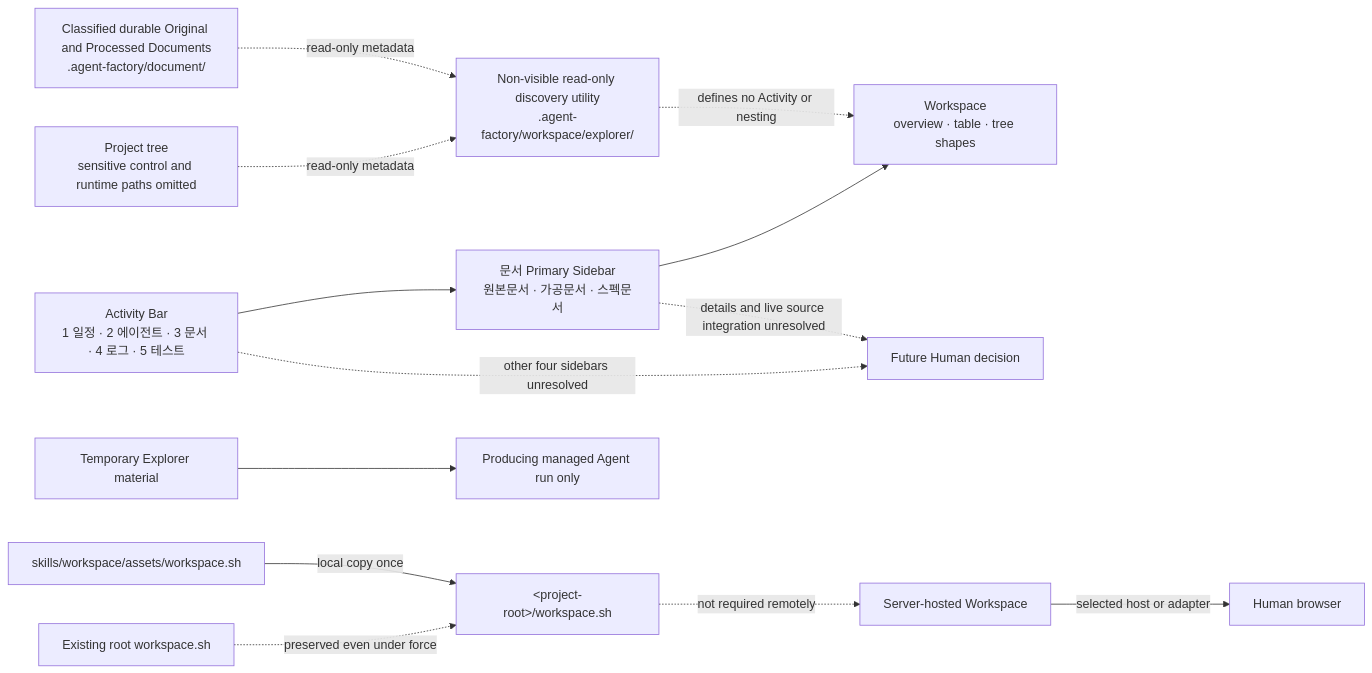
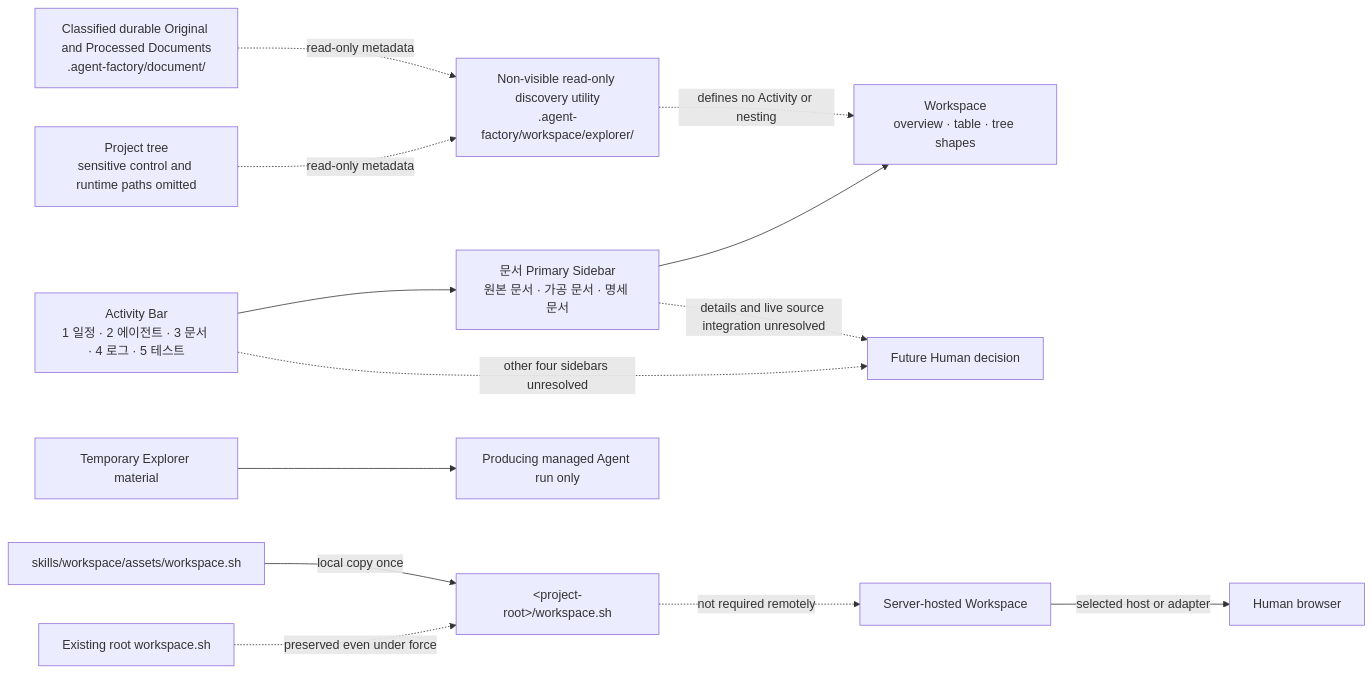
Before and after one commit to KoreanLeeChangHyun/agent-factory-codex-plugin: the ninth of 9 diagrams in skills/convention/references/diagrams.md, drawn with Mermaid. The commit also changed other lines of this file and 19 other files, not shown here.

````diff
--- a/skills/convention/references/diagrams.md
+++ b/skills/convention/references/diagrams.md
@@ -209,16 +209,16 @@
 ```mermaid
 flowchart LR
     accTitle: Human-facing Workspace shell and launcher
     accDescr: The Activity Bar contains only 일정, 에이전트, 문서, 로그, and 테스트 in that order; the Document sidebar has ordered Original, Processed, and Specification UI groups with decided overview, table, and tree shapes while finer details and the other four sidebars remain unresolved; a non-visible read-only utility projects only the project and classified Original and Processed Document trees without supplying the unresolved live source contract, while temporary Explorer material remains only in its producing Agent run.
-    Activity[Activity Bar<br/>1 일정 · 2 에이전트 · 3 문서 · 4 로그 · 5 테스트] --> Sidebar[문서 Primary Sidebar<br/>원본문서 · 가공문서 · 스펙문서] --> Workspace[Workspace<br/>overview · table · tree shapes]
+    Activity[Activity Bar<br/>1 일정 · 2 에이전트 · 3 문서 · 4 로그 · 5 테스트] --> Sidebar[문서 Primary Sidebar<br/>원본 문서 · 가공 문서 · 명세 문서] --> Workspace[Workspace<br/>overview · table · tree shapes]
     Activity -. other four sidebars unresolved .-> HumanDecision[Future Human decision]
     Sidebar -. details and live source integration unresolved .-> HumanDecision
     Evidence[Classified durable Original and Processed Documents<br/>.agent-factory/document/] -. read-only metadata .-> DiscoveryUtility[Non-visible read-only discovery utility<br/>.agent-factory/workspace/explorer/]
     Project[Project tree<br/>sensitive control and runtime paths omitted] -. read-only metadata .-> DiscoveryUtility
     DiscoveryUtility -. defines no Activity or nesting .-> Workspace
     Temporary[Temporary Explorer material] --> RunLocal[Producing managed Agent run only]
     Asset[skills/workspace/assets/workspace.sh] -->|local copy once| Root[&lt;project-root&gt;/workspace.sh]
     Existing[Existing root workspace.sh] -. preserved even under force .-> Root
     Remote[Server-hosted Workspace] -->|selected host or adapter| Browser[Human browser]
     Root -. not required remotely .-> Remote
 ```
````
